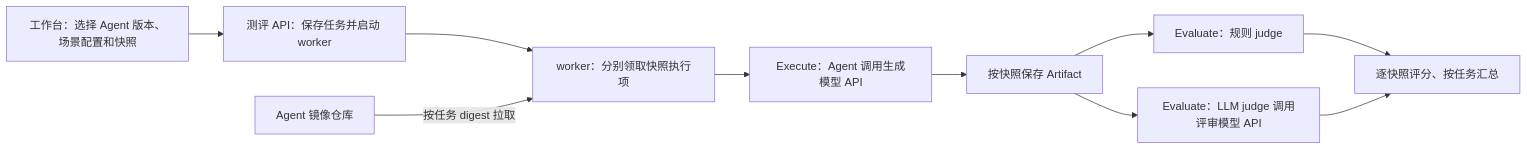
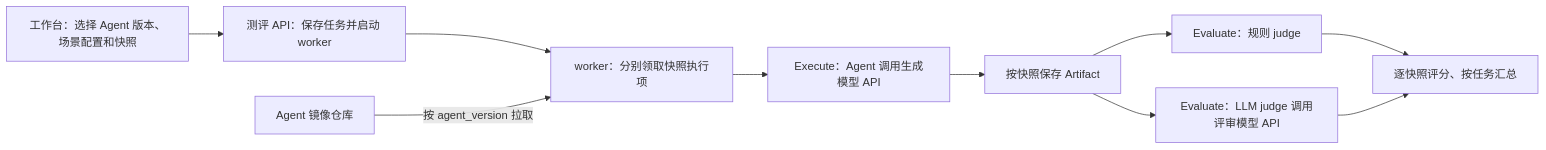
One commit to zhaochy1990/running changed the first of 2 diagrams in docs/superpowers/specs/2026-11-23-offline-plan-eval.md. Above: the diagram before and after it, drawn with Mermaid. The commit also changed other lines of this file and 1 other file, not shown here.

Commit message:
docs: 任务仅使用 agent_version 选择 Coach Agent

````diff
--- a/docs/superpowers/specs/2026-11-23-offline-plan-eval.md
+++ b/docs/superpowers/specs/2026-11-23-offline-plan-eval.md
@@ -30,12 +30,12 @@
 ```mermaid
 flowchart LR
     UI["工作台：选择 Agent 版本、场景配置和快照"] --> API["测评 API：保存任务并启动 worker"]
     API --> W["worker：分别领取快照执行项"]
-    REG["Agent 镜像仓库"] -->|按任务 digest 拉取| W
+    REG["Agent 镜像仓库"] -->|按 agent_version 拉取| W
     W --> EX["Execute：Agent 调用生成模型 API"]
     EX --> STORE["按快照保存 Artifact"]
     STORE --> RULE["Evaluate：规则 judge"]
     STORE --> LLM["Evaluate：LLM judge 调用评审模型 API"]
     RULE --> REP["逐快照评分、按任务汇总"]
     LLM --> REP
 ```
````
